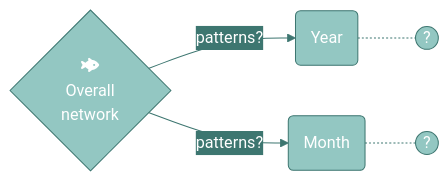
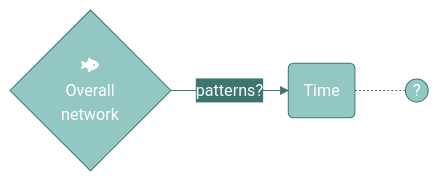
Before and after one commit to haileycsy/ISSS608-VAA: the first of 3 diagrams in Take-home_Ex/Take-home_Ex02/Take-home_Ex02.qmd, drawn with Mermaid. The commit also changed other lines of this file and 147 other files, not shown here.

````diff
--- a/Take-home_Ex/Take-home_Ex02/Take-home_Ex02.qmd
+++ b/Take-home_Ex/Take-home_Ex02/Take-home_Ex02.qmd
@@ -22,22 +22,20 @@
 ```{mermaid}
 %%{
   init: {
     'theme': 'base',
     'themeVariables': {
       'primaryColor': '#93c7c2',
       'primaryTextColor': '#fff',
       'primaryBorderColor': '#3d7670',
       'lineColor': '#3d7670',
       'secondaryColor': '#3d7670',
       'tertiaryColor': '#fff'
     }
   }
 }%%
 
 flowchart LR
-    A{fa:fa-fish-fins \nOverall\nnetwork} -->|patterns?| B(Year)
-    A -->|patterns?| C(Month)
-    B -.- D((?))
-    C -.- E((?))
-
+    A{fa:fa-fish-fins \nOverall\nnetwork} -->|patterns?| B(Time)
+    B -.- C((?))
+    
 ```
````
